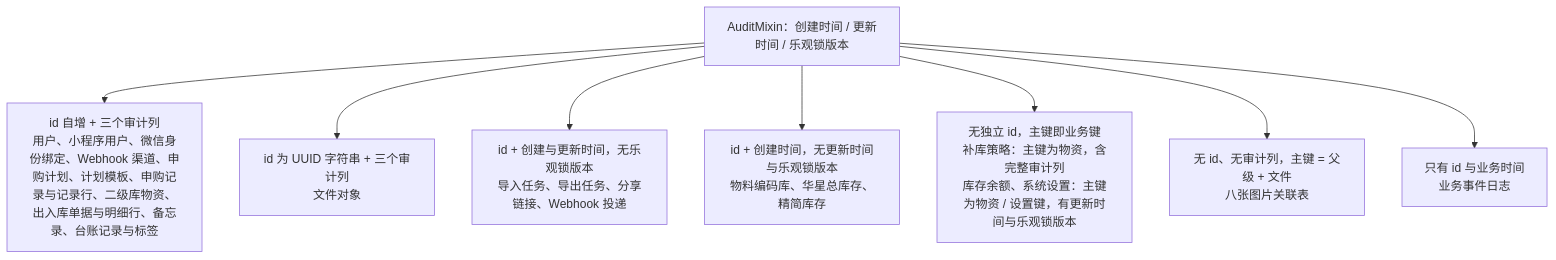
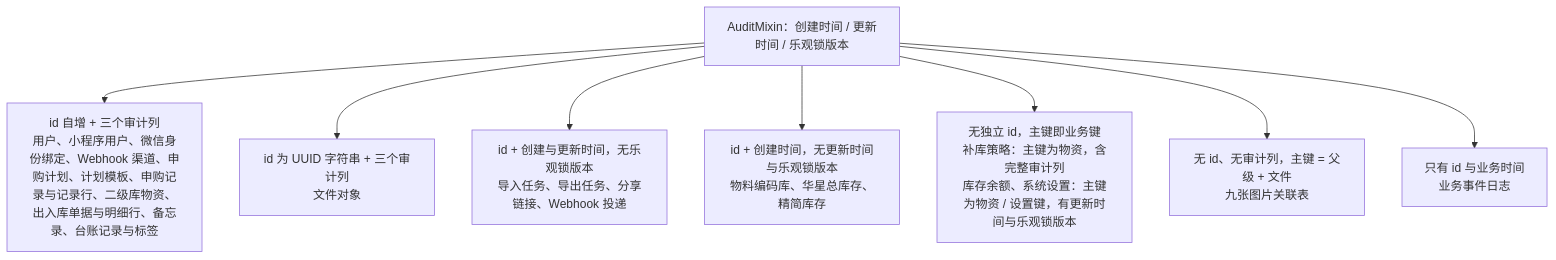
Before and after one commit to Sakana-1314/Electrical-Manager: the third of 21 diagrams in docs/websites/pages/dev-data-model.md, drawn with Mermaid. The commit also changed other lines of this file and 47 other files, not shown here.

Commit message:
feat: 新增工作管理模块（工作总览 / 任务视图 / 人员视图） (#344)

````diff
--- a/docs/websites/pages/dev-data-model.md
+++ b/docs/websites/pages/dev-data-model.md
@@ -90,11 +90,11 @@
 ```mermaid
 flowchart TD
     M["AuditMixin：创建时间 / 更新时间 / 乐观锁版本"]
     M --> A["id 自增 + 三个审计列<br/>用户、小程序用户、微信身份绑定、Webhook 渠道、申购计划、计划模板、申购记录与记录行、二级库物资、出入库单据与明细行、备忘录、台账记录与标签"]
     M --> B["id 为 UUID 字符串 + 三个审计列<br/>文件对象"]
     M --> C["id + 创建与更新时间，无乐观锁版本<br/>导入任务、导出任务、分享链接、Webhook 投递"]
     M --> D["id + 创建时间，无更新时间与乐观锁版本<br/>物料编码库、华星总库存、精简库存"]
     M --> E["无独立 id，主键即业务键<br/>补库策略：主键为物资，含完整审计列<br/>库存余额、系统设置：主键为物资 / 设置键，有更新时间与乐观锁版本"]
-    M --> F["无 id、无审计列，主键 = 父级 + 文件<br/>八张图片关联表"]
+    M --> F["无 id、无审计列，主键 = 父级 + 文件<br/>九张图片关联表"]
     M --> G["只有 id 与业务时间<br/>业务事件日志"]
 ```
````
